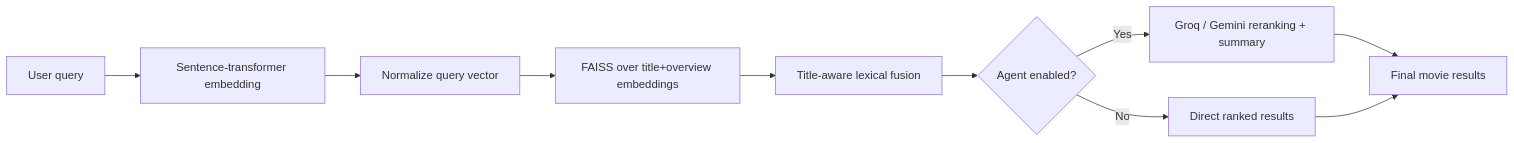
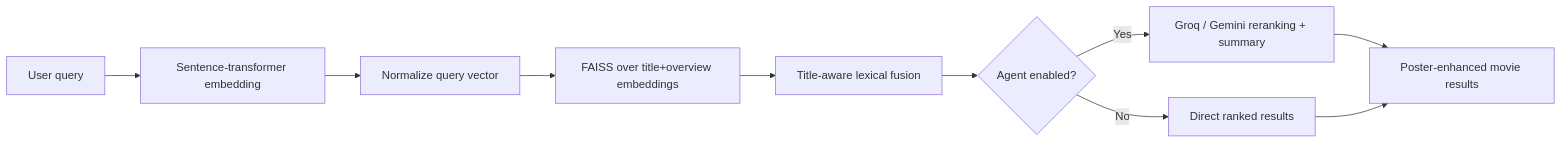
Before and after one commit to maxwellyin/cineseek-semantic-search: the diagram in readme.md, drawn with Mermaid. The commit also changed other lines of this file and 1 other file, not shown here.

````diff
--- a/readme.md
+++ b/readme.md
@@ -68,12 +73,12 @@
 ```mermaid
 flowchart LR
   user["User query"] --> embed["Sentence-transformer embedding"]
   embed --> normalize["Normalize query vector"]
   normalize --> faiss["FAISS over title+overview embeddings"]
   faiss --> lexical["Title-aware lexical fusion"]
   lexical --> agent{"Agent enabled?"}
   agent -- "No" --> direct["Direct ranked results"]
   agent -- "Yes" --> llm["Groq / Gemini reranking + summary"]
-  llm --> final["Final movie results"]
+  llm --> final["Poster-enhanced movie results"]
   direct --> final
 ```
````
